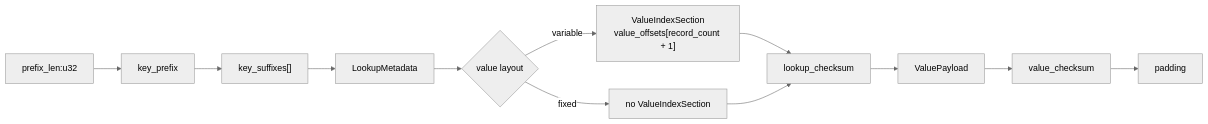
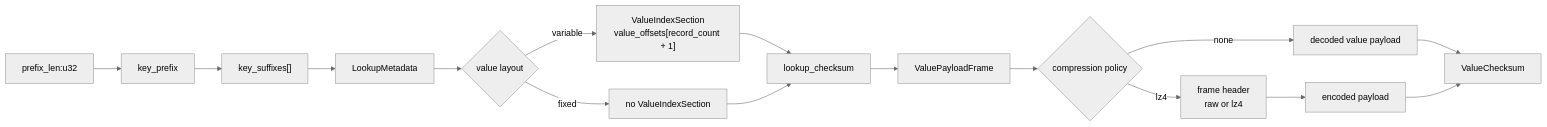
One commit to wangl-cc/evo-ssa-tools changed the fourth of 7 diagrams in crates/segment-cache-store/docs/design.md. Above: the diagram before and after it, drawn with Mermaid (neutral theme). The commit also changed other lines of this file and 27 other files, not shown here.

First line of the commit message:
feat(segment-cache-store): add value payload compression

````diff
--- a/crates/segment-cache-store/docs/design.md
+++ b/crates/segment-cache-store/docs/design.md
@@ -354,14 +366,18 @@
 ```mermaid
 flowchart LR
   PrefixLen["prefix_len:u32"] --> Prefix["key_prefix"]
   Prefix --> Suffixes["key_suffixes[]"]
   Suffixes --> Metadata["LookupMetadata"]
   Metadata --> Layout{"value layout"}
   Layout -->|variable| Offsets["ValueIndexSection<br/>value_offsets[record_count + 1]"]
   Layout -->|fixed| NoOffsets["no ValueIndexSection"]
   Offsets --> LookupChecksum["lookup_checksum"]
   NoOffsets --> LookupChecksum
-  LookupChecksum --> Payload["ValuePayload"]
-  Payload --> ValueChecksum["value_checksum"]
-  ValueChecksum --> Padding["padding"]
+  LookupChecksum --> Payload["ValuePayloadFrame"]
+  Payload --> FrameKind{"compression policy"}
+  FrameKind -->|none| RawPayload["decoded value payload"]
+  FrameKind -->|lz4| PayloadHeader["frame header<br/>raw or lz4"]
+  PayloadHeader --> EncodedPayload["encoded payload"]
+  RawPayload --> ValueChecksum
+  EncodedPayload --> ValueChecksum
 ```
````
